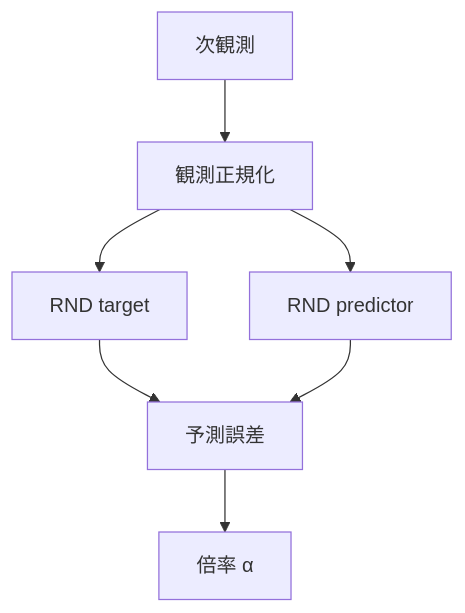
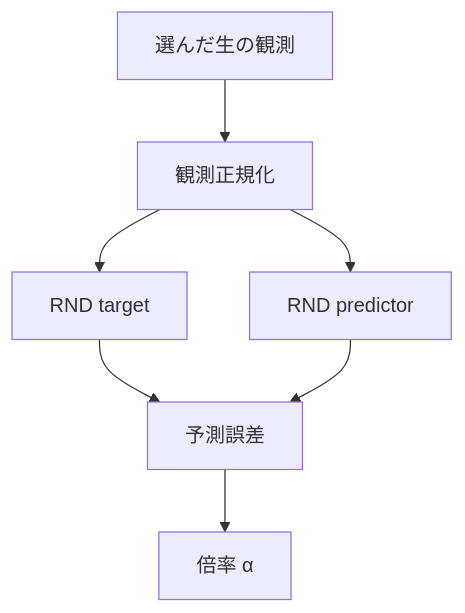
Before and after one commit to kazukin123/anet-lab: the first of 2 diagrams in docs/design/212_rnd_lifelong_novelty.en.md, drawn with Mermaid. The commit also changed other lines of this file and 7 other files, not shown here.

````diff
--- a/docs/design/212_rnd_lifelong_novelty.en.md
+++ b/docs/design/212_rnd_lifelong_novelty.en.md
@@ -132,9 +131,9 @@
 ```mermaid
 graph TD
-    O[次観測] --> N[観測正規化]
+    O[選んだ生の観測] --> N[観測正規化]
     N --> T[RND target]
     N --> P[RND predictor]
     T --> E[予測誤差]
     P --> E
     E --> A[倍率 α]
 ```
````
